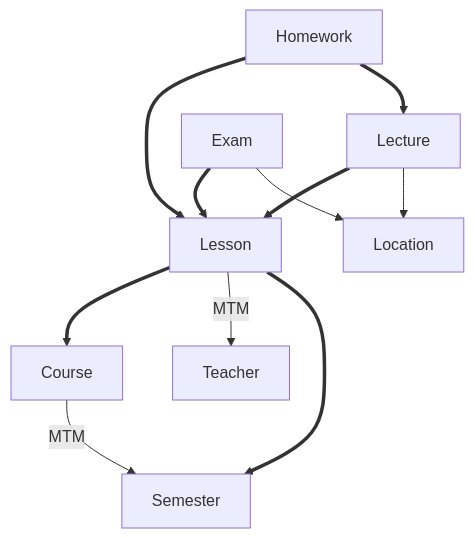
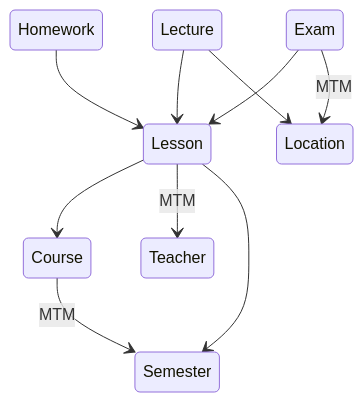
One commit to Schedule-team/server changed the first of 3 diagrams in docs/schema.md. Above: the diagram before and after it, drawn with Mermaid. The commit also changed other lines of this file, not shown here.

Commit message:
docs: update schema

````diff
--- a/docs/schema.md
+++ b/docs/schema.md
@@ -5,17 +5,16 @@
 ```mermaid
-graph TD
-    Lesson ==> Course
-    Lesson -- MTM --> Teacher
-    Lesson ==> Semester
+stateDiagram-v2
+    Lesson --> Course
+    Lesson --> Teacher : MTM
+    Lesson --> Semester
 
-    Course -- MTM --> Semester
+    Course --> Semester : MTM
 
-    Lecture ==> Lesson
+    Lecture --> Lesson
     Lecture --> Location
 
-    Homework ==> Lesson
-    Homework ==> Lecture
+    Homework --> Lesson
 
-    Exam ==> Lesson
-    Exam --> Location
+    Exam --> Lesson
+    Exam --> Location : MTM
 ```
````
